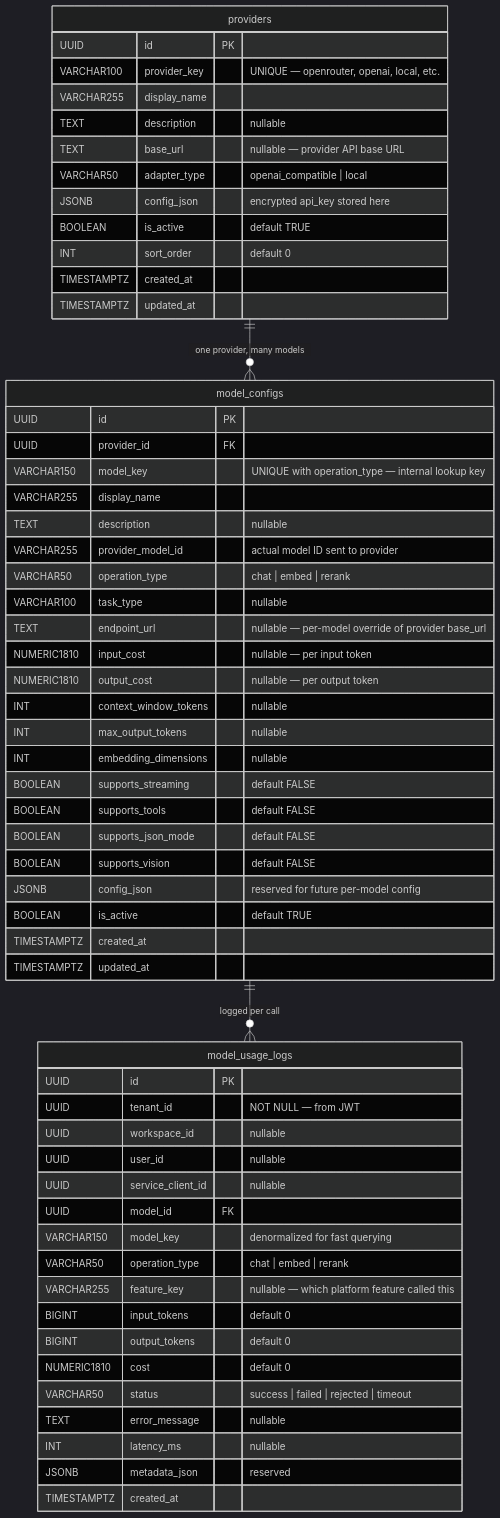
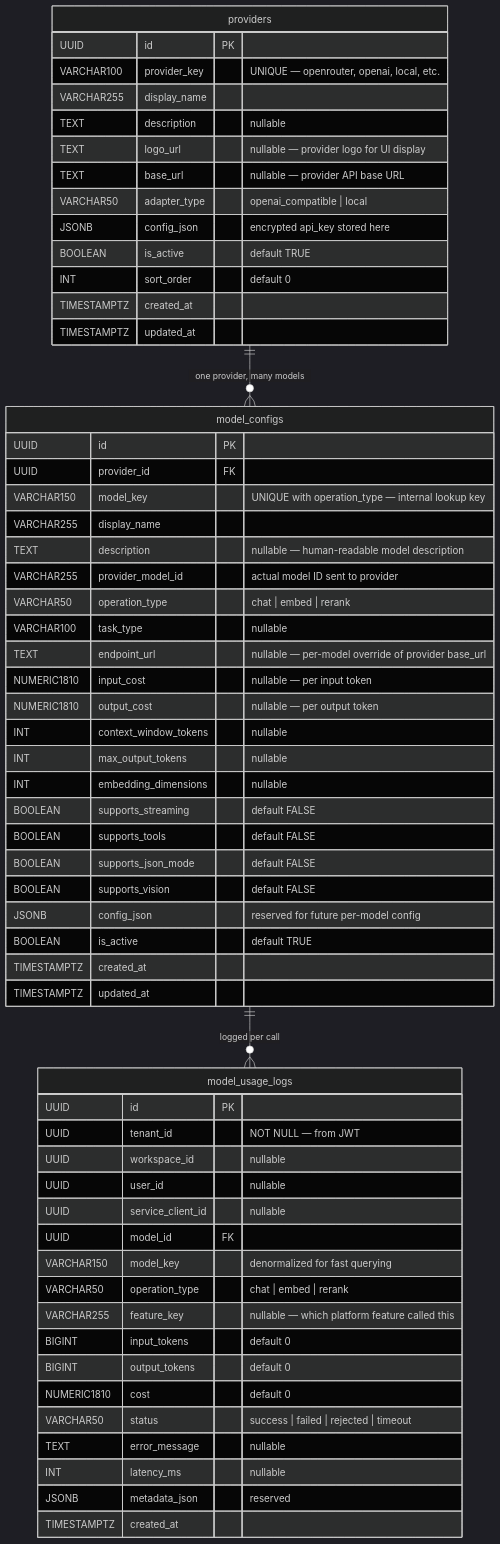
Before and after one commit to Andrew-Bu1/Agent-Platform: the diagram in docs/architecture/aihub/database.md, drawn with Mermaid (dark theme). The commit also changed 19 other files, not shown here.

Commit message:
refactor(aihub: Refactor aihub api, database, flow

````diff
--- a/docs/architecture/aihub/database.md
+++ b/docs/architecture/aihub/database.md
@@ -3,64 +3,65 @@
 ```mermaid
 erDiagram
     providers {
         UUID        id              PK
         VARCHAR100  provider_key    "UNIQUE — openrouter, openai, local, etc."
         VARCHAR255  display_name
         TEXT        description     "nullable"
+        TEXT        logo_url        "nullable — provider logo for UI display"
         TEXT        base_url        "nullable — provider API base URL"
         VARCHAR50   adapter_type    "openai_compatible | local"
         JSONB       config_json     "encrypted api_key stored here"
         BOOLEAN     is_active       "default TRUE"
         INT         sort_order      "default 0"
         TIMESTAMPTZ created_at
         TIMESTAMPTZ updated_at
     }
 
     model_configs {
         UUID        id                      PK
         UUID        provider_id             FK
         VARCHAR150  model_key               "UNIQUE with operation_type — internal lookup key"
         VARCHAR255  display_name
-        TEXT        description             "nullable"
+        TEXT        description             "nullable — human-readable model description"
         VARCHAR255  provider_model_id       "actual model ID sent to provider"
         VARCHAR50   operation_type          "chat | embed | rerank"
         VARCHAR100  task_type               "nullable"
         TEXT        endpoint_url            "nullable — per-model override of provider base_url"
         NUMERIC1810 input_cost              "nullable — per input token"
         NUMERIC1810 output_cost             "nullable — per output token"
         INT         context_window_tokens   "nullable"
         INT         max_output_tokens       "nullable"
         INT         embedding_dimensions    "nullable"
         BOOLEAN     supports_streaming      "default FALSE"
         BOOLEAN     supports_tools          "default FALSE"
         BOOLEAN     supports_json_mode      "default FALSE"
         BOOLEAN     supports_vision         "default FALSE"
         JSONB       config_json             "reserved for future per-model config"
         BOOLEAN     is_active               "default TRUE"
         TIMESTAMPTZ created_at
         TIMESTAMPTZ updated_at
     }
 
     model_usage_logs {
         UUID        id                  PK
         UUID        tenant_id           "NOT NULL — from JWT"
         UUID        workspace_id        "nullable"
         UUID        user_id             "nullable"
         UUID        service_client_id   "nullable"
         UUID        model_id            FK
         VARCHAR150  model_key           "denormalized for fast querying"
         VARCHAR50   operation_type      "chat | embed | rerank"
         VARCHAR255  feature_key         "nullable — which platform feature called this"
         BIGINT      input_tokens        "default 0"
         BIGINT      output_tokens       "default 0"
         NUMERIC1810 cost                "default 0"
         VARCHAR50   status              "success | failed | rejected | timeout"
         TEXT        error_message       "nullable"
         INT         latency_ms          "nullable"
         JSONB       metadata_json       "reserved"
         TIMESTAMPTZ created_at
     }
 
     providers ||--o{ model_configs : "one provider, many models"
     model_configs ||--o{ model_usage_logs : "logged per call"
 ```
````
